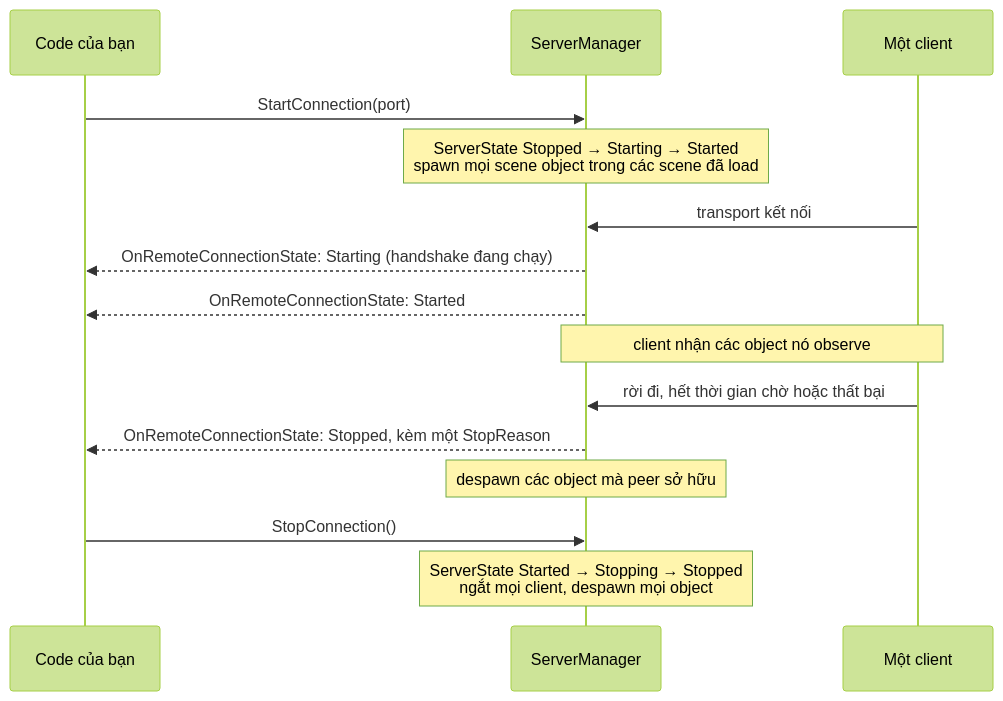
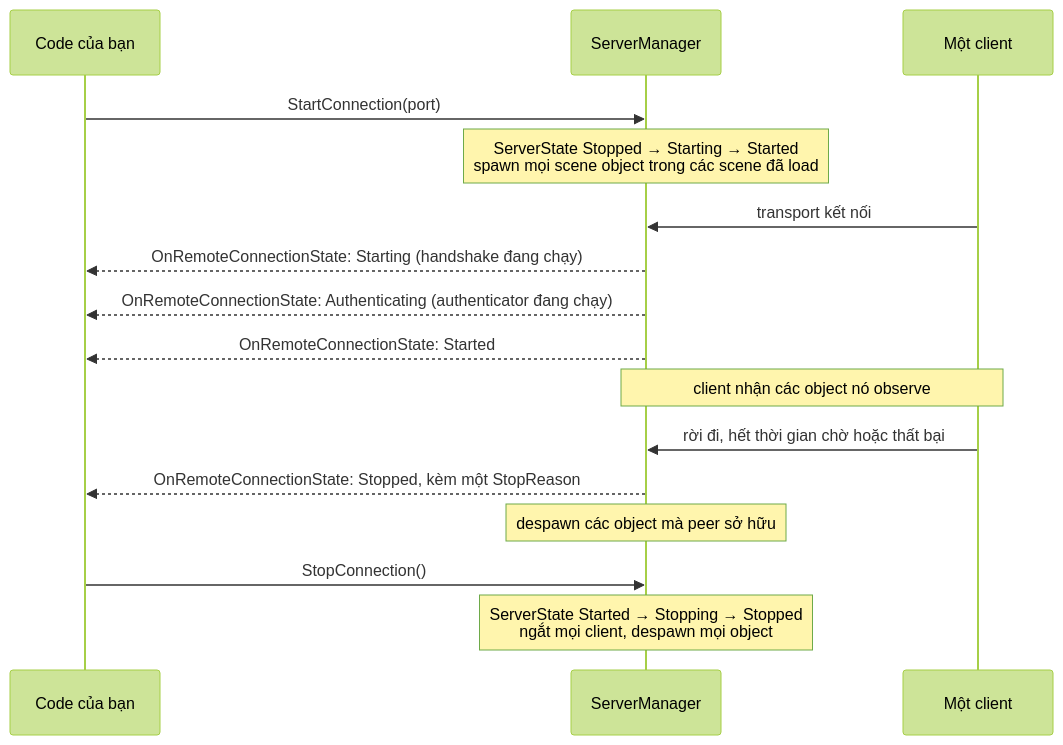
Before and after one commit to fomoxa/unity-docs: the first of 4 diagrams in vi/concepts/lifecycle.md, drawn with Mermaid (forest theme). The commit also changed other lines of this file and 33 other files, not shown here.

First line of the commit message:
Hold each new connection until an authenticator lets it in (11.12, Q180, Q181, Q182)

````diff
--- a/vi/concepts/lifecycle.md
+++ b/vi/concepts/lifecycle.md
@@ -20,17 +20,18 @@
 ```mermaid
 sequenceDiagram
     participant Code as Code của bạn
     participant SM as ServerManager
     participant Peer as Một client
     Code->>SM: StartConnection(port)
     Note over SM: ServerState Stopped → Starting → Started<br/>spawn mọi scene object trong các scene đã load
     Peer->>SM: transport kết nối
     SM-->>Code: OnRemoteConnectionState: Starting (handshake đang chạy)
+    SM-->>Code: OnRemoteConnectionState: Authenticating (authenticator đang chạy)
     SM-->>Code: OnRemoteConnectionState: Started
     Note over SM,Peer: client nhận các object nó observe
     Peer->>SM: rời đi, hết thời gian chờ hoặc thất bại
     SM-->>Code: OnRemoteConnectionState: Stopped, kèm một StopReason
     Note over SM: despawn các object mà peer sở hữu
     Code->>SM: StopConnection()
     Note over SM: ServerState Started → Stopping → Stopped<br/>ngắt mọi client, despawn mọi object
 ```
````
